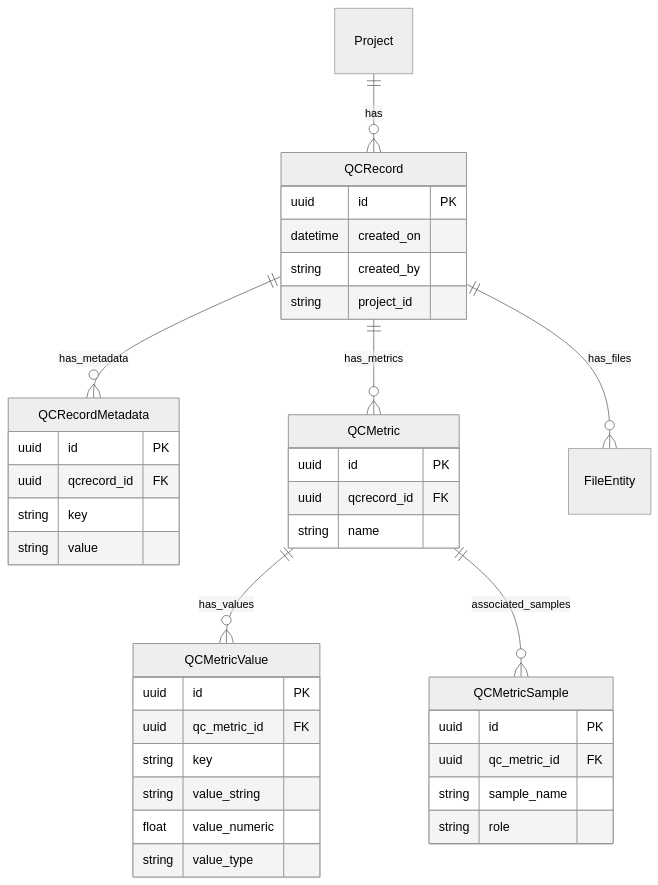
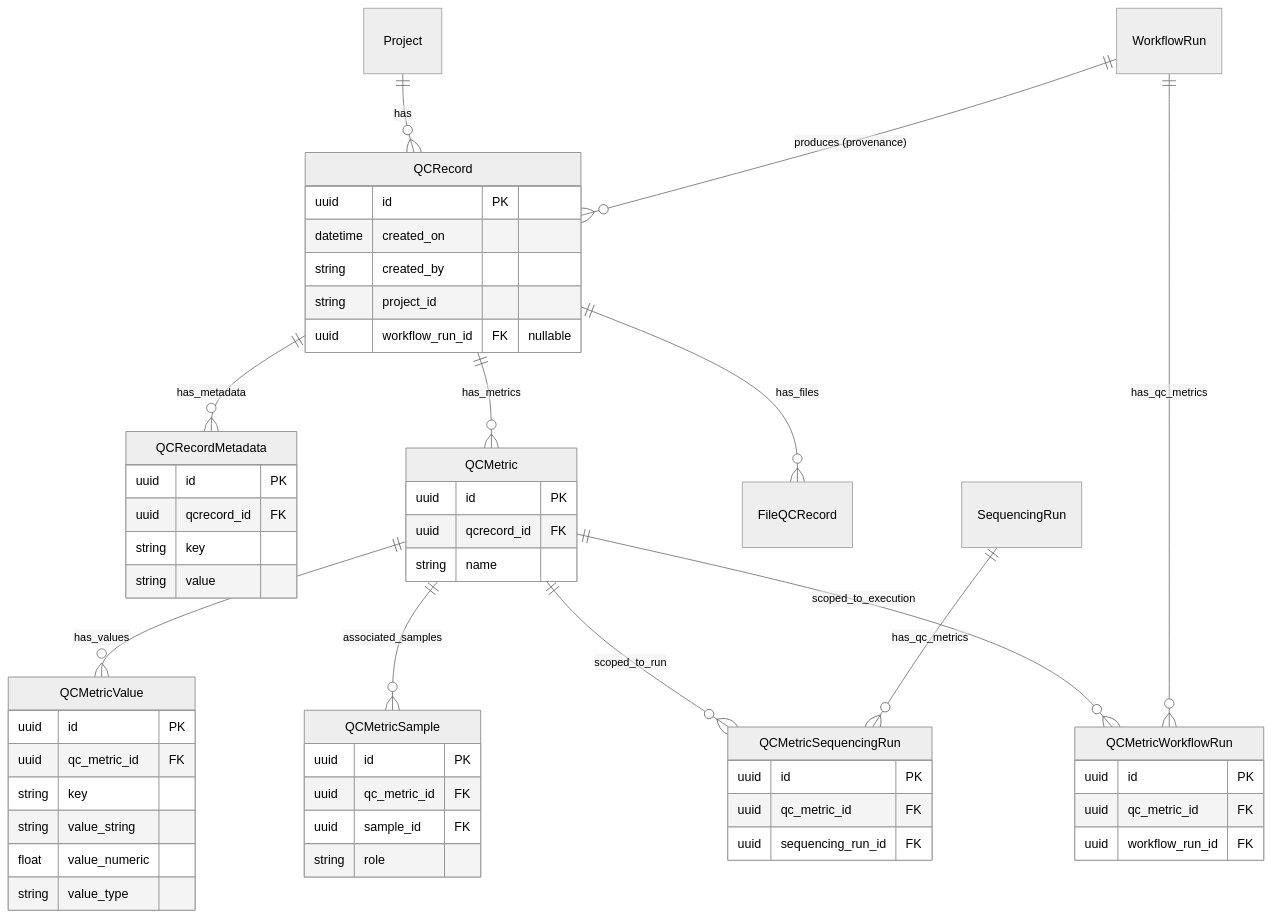
Before and after one commit to NGS360/APIServer: the diagram in docs/QCMETRICS.md, drawn with Mermaid (neutral theme). The commit also changed other lines of this file and 1 other file, not shown here.

First line of the commit message:
qc multi-entity extension: update documentation

````diff
--- a/docs/QCMETRICS.md
+++ b/docs/QCMETRICS.md
@@ -19,45 +21,63 @@
 ```mermaid
 erDiagram
     Project ||--o{ QCRecord : has
+    WorkflowRun ||--o{ QCRecord : "produces (provenance)"
     QCRecord ||--o{ QCRecordMetadata : has_metadata
     QCRecord ||--o{ QCMetric : has_metrics
+    QCRecord ||--o{ FileQCRecord : has_files
     QCMetric ||--o{ QCMetricValue : has_values
     QCMetric ||--o{ QCMetricSample : associated_samples
-    QCRecord ||--o{ FileEntity : has_files
+    QCMetric ||--o{ QCMetricSequencingRun : scoped_to_run
+    QCMetric ||--o{ QCMetricWorkflowRun : scoped_to_execution
+    SequencingRun ||--o{ QCMetricSequencingRun : has_qc_metrics
+    WorkflowRun ||--o{ QCMetricWorkflowRun : has_qc_metrics
 
     QCRecord {
         uuid id PK
         datetime created_on
         string created_by
         string project_id
+        uuid workflow_run_id FK "nullable"
     }
 
     QCRecordMetadata {
         uuid id PK
         uuid qcrecord_id FK
         string key
         string value
     }
 
     QCMetric {
         uuid id PK
         uuid qcrecord_id FK
         string name
     }
 
     QCMetricValue {
         uuid id PK
         uuid qc_metric_id FK
         string key
         string value_string
         float value_numeric
         string value_type
     }
 
     QCMetricSample {
         uuid id PK
         uuid qc_metric_id FK
-        string sample_name
+        uuid sample_id FK
         string role
     }
+
+    QCMetricSequencingRun {
+        uuid id PK
+        uuid qc_metric_id FK
+        uuid sequencing_run_id FK
+    }
+
+    QCMetricWorkflowRun {
+        uuid id PK
+        uuid qc_metric_id FK
+        uuid workflow_run_id FK
+    }
 ```
````
